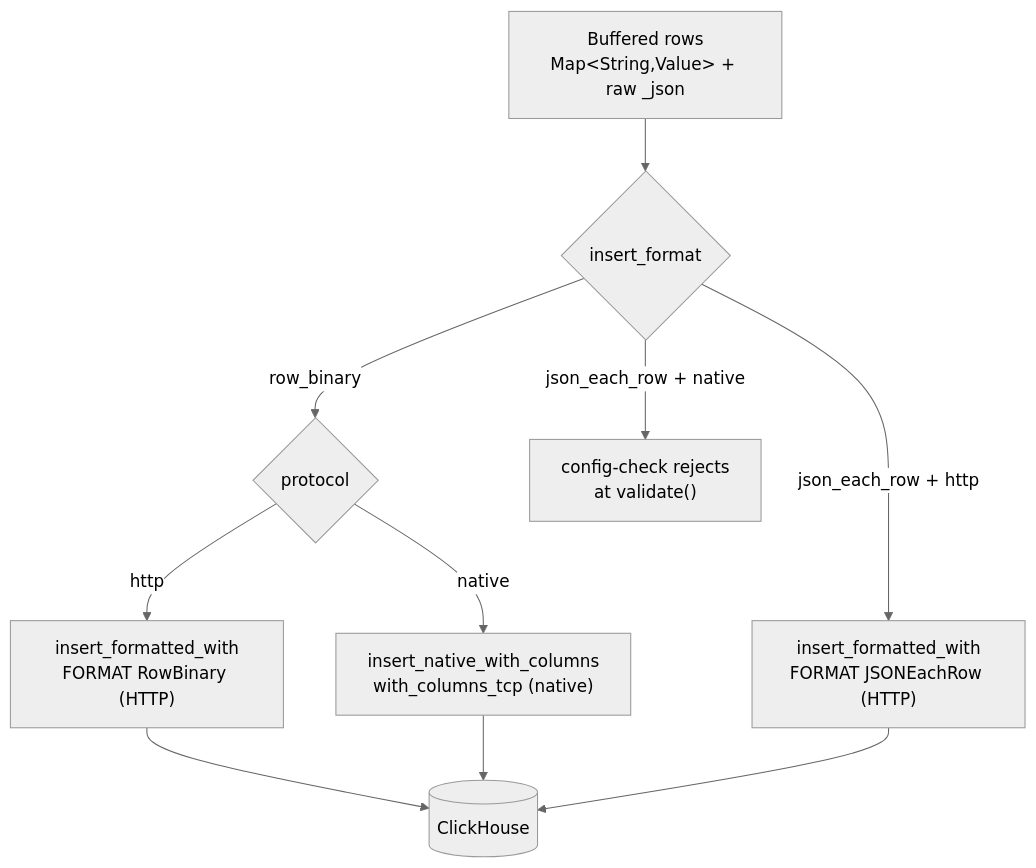
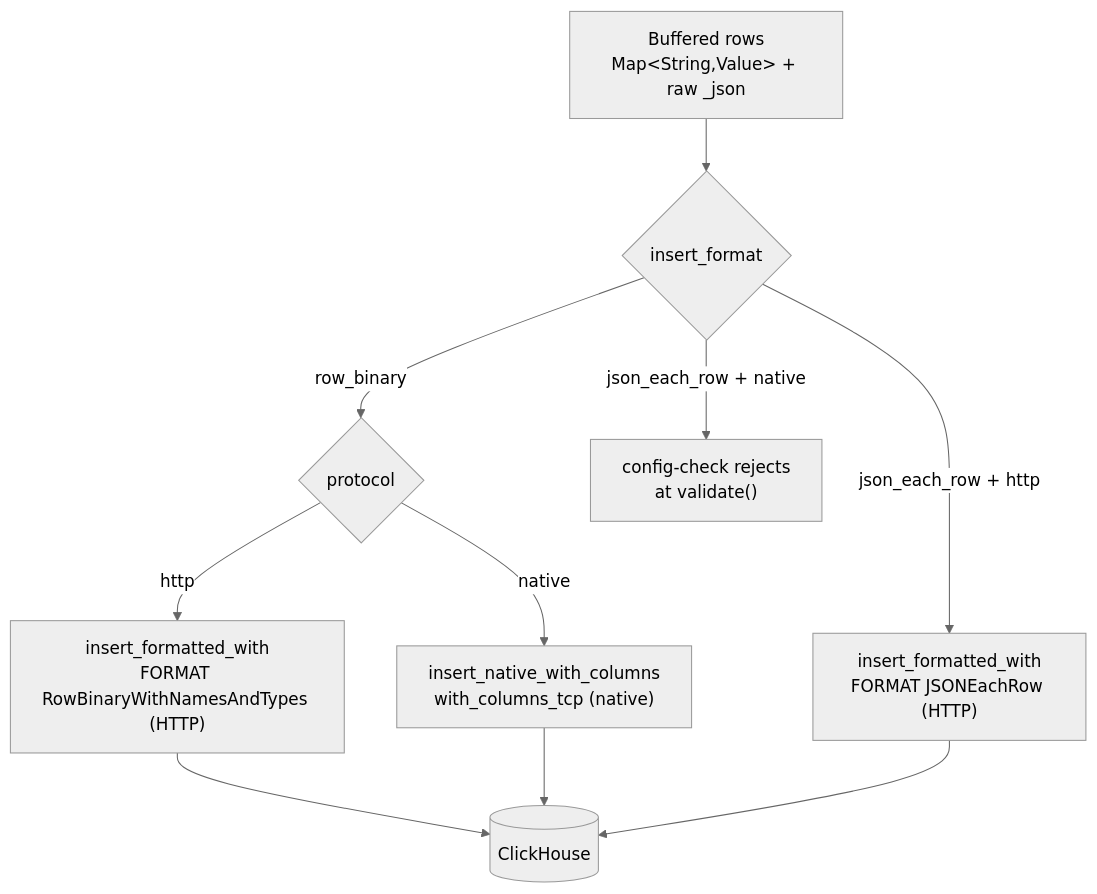
The diagram in docs/clickhouse/INSERT-FORMATS.md (hyperi-io/dfe-loader), drawn with Mermaid (neutral theme) before and after one commit. The commit also changed other lines of this file and 9 other files, not shown here.

````diff
--- a/docs/clickhouse/INSERT-FORMATS.md
+++ b/docs/clickhouse/INSERT-FORMATS.md
@@ -22,18 +22,18 @@
 ```mermaid
 flowchart TB
     ROW["Buffered rows<br/>Map&lt;String,Value&gt; + raw _json"]
     F{"insert_format"}
     T{"protocol"}
-    RBH["insert_formatted_with<br/>FORMAT RowBinary (HTTP)"]
+    RBH["insert_formatted_with<br/>FORMAT RowBinaryWithNamesAndTypes (HTTP)"]
     RBT["insert_native_with_columns<br/>with_columns_tcp (native)"]
     JE["insert_formatted_with<br/>FORMAT JSONEachRow (HTTP)"]
     REJ["config-check rejects<br/>at validate()"]
     CH[("ClickHouse")]
 
     ROW --> F
     F -->|row_binary| T
     T -->|http| RBH --> CH
     T -->|native| RBT --> CH
     F -->|json_each_row + http| JE --> CH
     F -->|json_each_row + native| REJ
 ```
````
